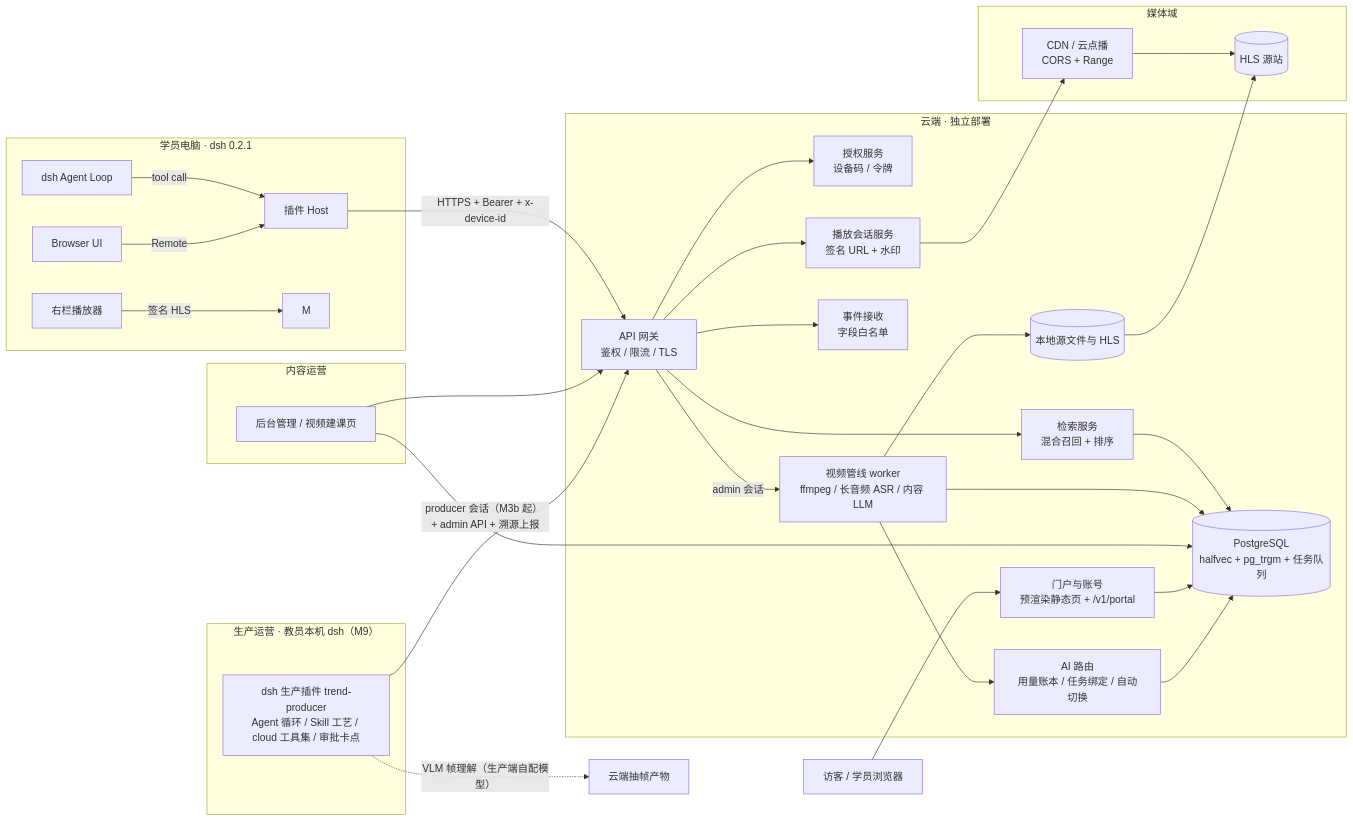
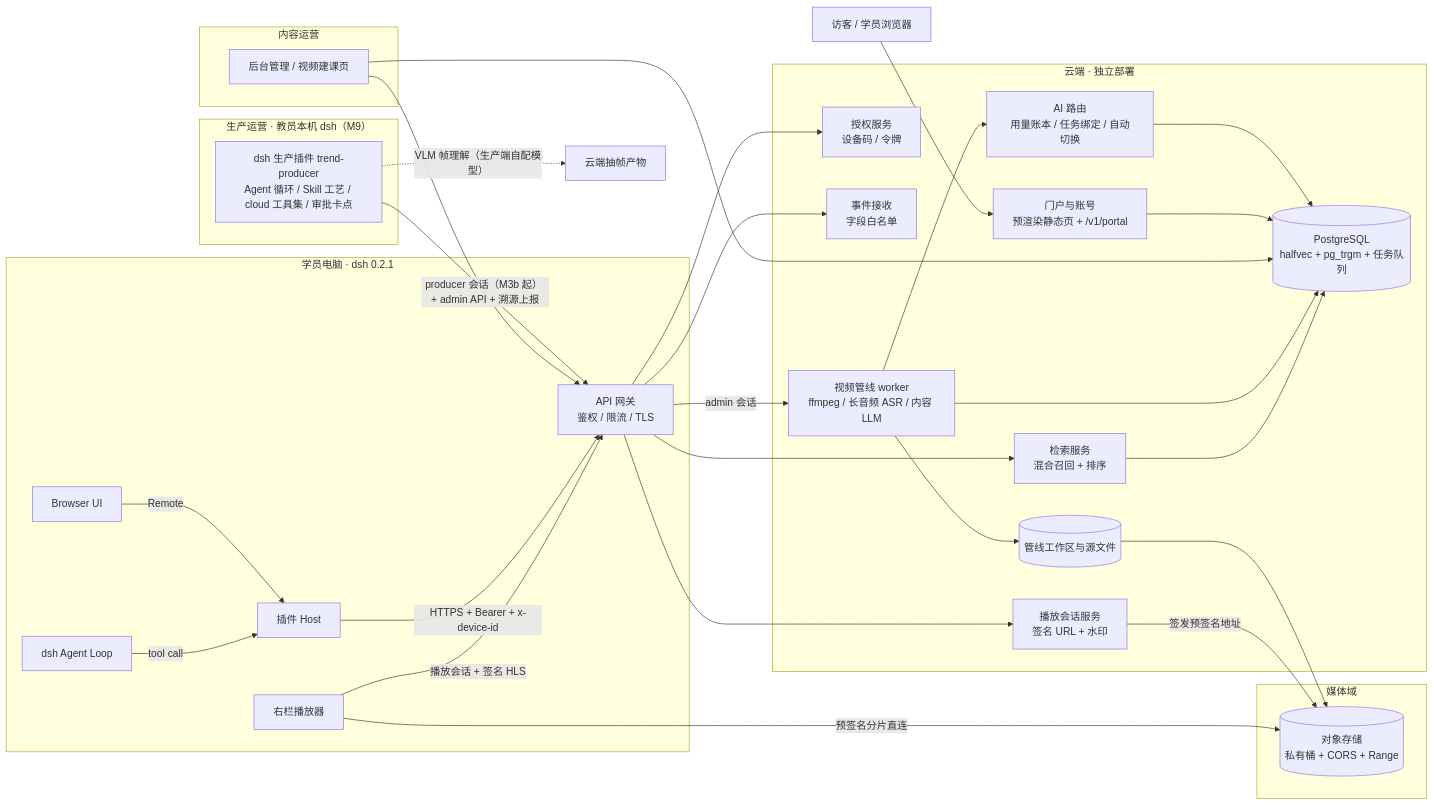
The first of 4 diagrams in apps/cloud/docs/architecture/architecture-design.md (domonic18/trend-studio), drawn with Mermaid before and after one commit. The commit also changed other lines of this file and 3 other files, not shown here.

````diff
--- a/apps/cloud/docs/architecture/architecture-design.md
+++ b/apps/cloud/docs/architecture/architecture-design.md
@@ -73,55 +74,54 @@
 ```mermaid
 flowchart LR
   subgraph Local["学员电脑 · dsh 0.2.1"]
     A[dsh Agent Loop] -->|tool call| H[插件 Host]
     U[Browser UI] -->|Remote| H
-    P[右栏播放器] -->|签名 HLS| M
+    P[右栏播放器] -->|播放会话 + 签名 HLS| API
   end
 
   subgraph Cloud["云端 · 独立部署"]
     API[API 网关<br/>鉴权 / 限流 / TLS]
     AUTH[授权服务<br/>设备码 / 令牌]
     KB[检索服务<br/>混合召回 + 排序]
     PB[播放会话服务<br/>签名 URL + 水印]
     DB[(PostgreSQL<br/>halfvec + pg_trgm + 任务队列)]
     EV[事件接收<br/>字段白名单]
     PIPE[视频管线 worker<br/>ffmpeg / 长音频 ASR / 内容 LLM]
-    STORE[(本地源文件与 HLS)]
+    STORE[(管线工作区与源文件)]
     PORTAL[门户与账号<br/>预渲染静态页 + /v1/portal]
     AIOPS[AI 路由<br/>用量账本 / 任务绑定 / 自动切换]
   end
 
   subgraph Media["媒体域"]
-    CDN[CDN / 云点播<br/>CORS + Range]
-    OBJ[(HLS 源站)]
+    OBJ[(对象存储<br/>私有桶 + CORS + Range)]
   end
 
   subgraph Ops["内容运营"]
     ADM[后台管理 / 视频建课页]
   end
 
   subgraph Producer["生产运营 · 教员本机 dsh（M9）"]
     PROD[dsh 生产插件 trend-producer<br/>Agent 循环 / Skill 工艺 / cloud 工具集 / 审批卡点]
   end
 
   H -->|HTTPS + Bearer + x-device-id| API
   API --> AUTH
   API --> KB
   API --> PB
   API --> EV
   API -->|admin 会话| PIPE
   KB --> DB
-  PB --> CDN
-  CDN --> OBJ
+  PB -->|签发预签名地址| OBJ
+  P -->|预签名分片直连| OBJ
   PIPE --> DB
   PIPE --> STORE
   STORE --> OBJ
   ADM --> API
   ADM --> DB
   VIS[访客 / 学员浏览器] --> PORTAL
   PORTAL --> DB
   PIPE --> AIOPS
   AIOPS --> DB
   PROD -->|producer 会话（M3b 起） + admin API + 溯源上报| API
   PROD -.->|VLM 帧理解（生产端自配模型）| FRAMES[云端抽帧产物]
 ```
````
